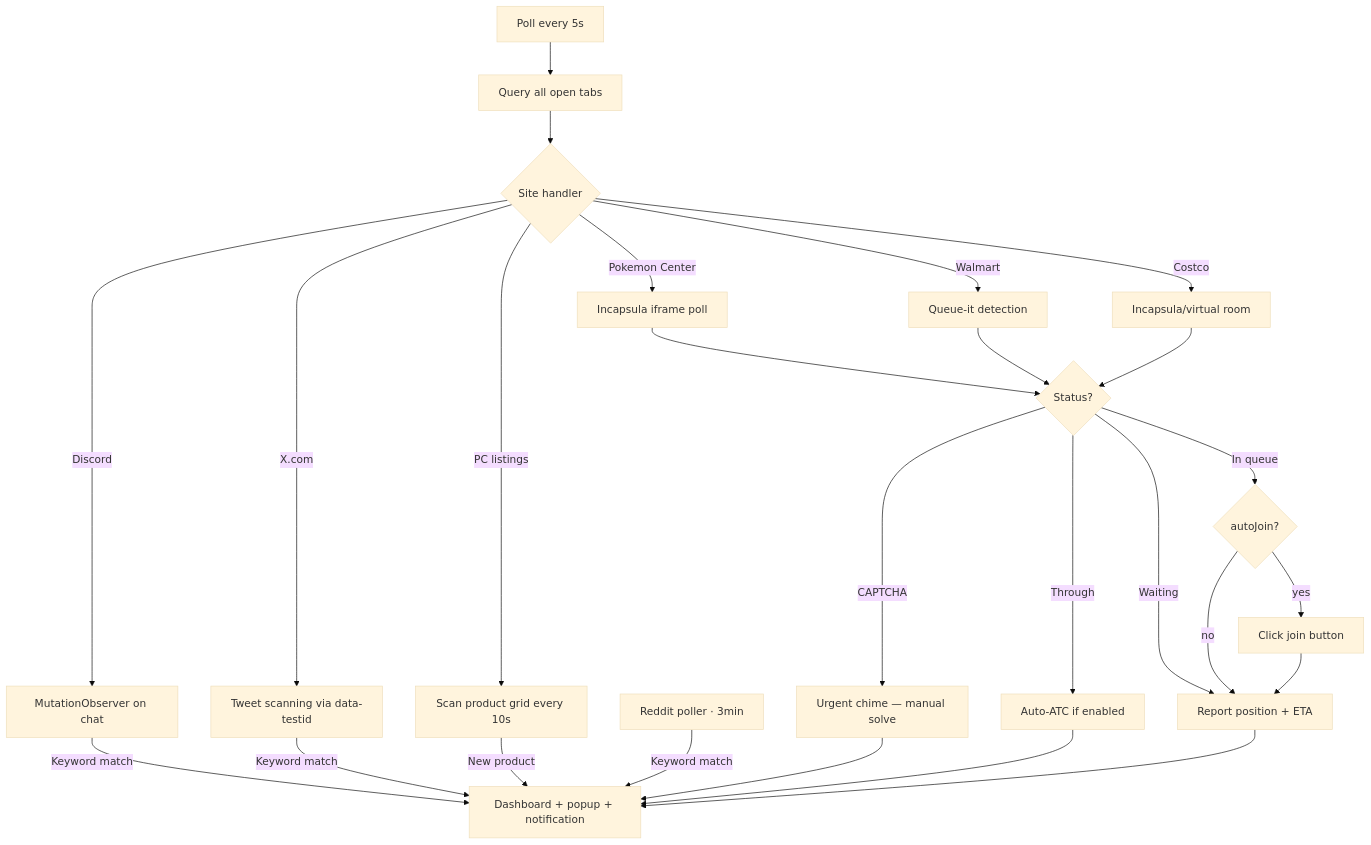
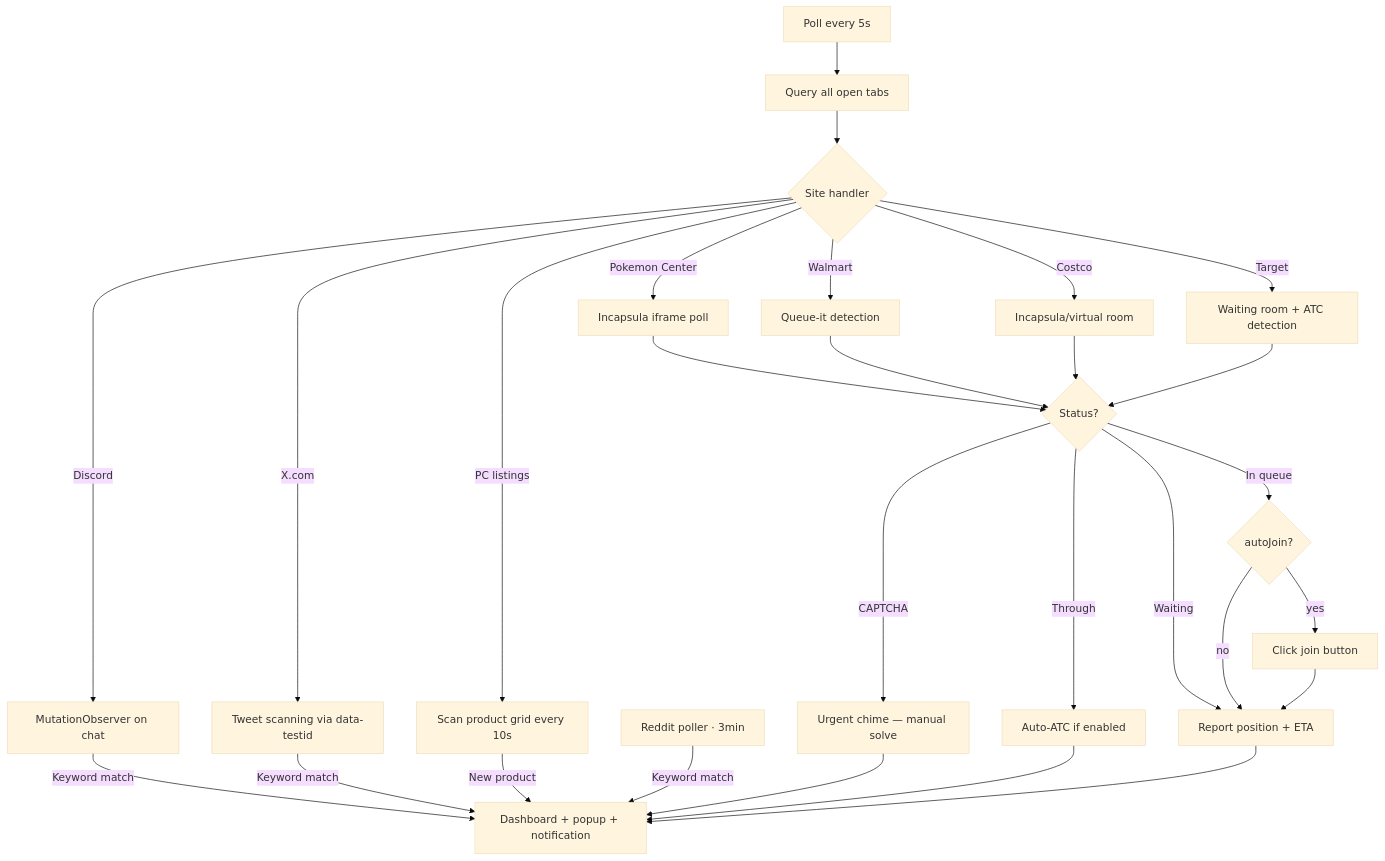
One commit to Pyronewbic/casecomp changed the second of 2 diagrams in README.md. Above: the diagram before and after it, drawn with Mermaid (base theme). The commit also changed other lines of this file and 7 other files, not shown here.

````diff
--- a/README.md
+++ b/README.md
@@ -291,28 +291,30 @@
 ```mermaid
 flowchart TD
   A[Poll every 5s] --> B[Query all open tabs]
   B --> C{Site handler}
   C -->|Pokemon Center| D[Incapsula iframe poll]
   C -->|Walmart| E[Queue-it detection]
   C -->|Costco| F[Incapsula/virtual room]
+  C -->|Target| T[Waiting room + ATC detection]
   C -->|Discord| DC[MutationObserver on chat]
   C -->|X.com| XC[Tweet scanning via data-testid]
   C -->|PC listings| PL[Scan product grid every 10s]
   D --> G{Status?}
   E --> G
   F --> G
+  T --> G
   G -->|CAPTCHA| H[Urgent chime — manual solve]
   G -->|Through| I[Auto-ATC if enabled]
   G -->|In queue| J{autoJoin?}
   G -->|Waiting| K[Report position + ETA]
   J -->|yes| L[Click join button]
   J -->|no| K
   L --> K
   DC -->|Keyword match| N
   XC -->|Keyword match| N
   PL -->|New product| N
   R[Reddit poller · 3min] -->|Keyword match| N
   H --> N[Dashboard + popup + notification]
   I --> N
   K --> N
 ```
````
